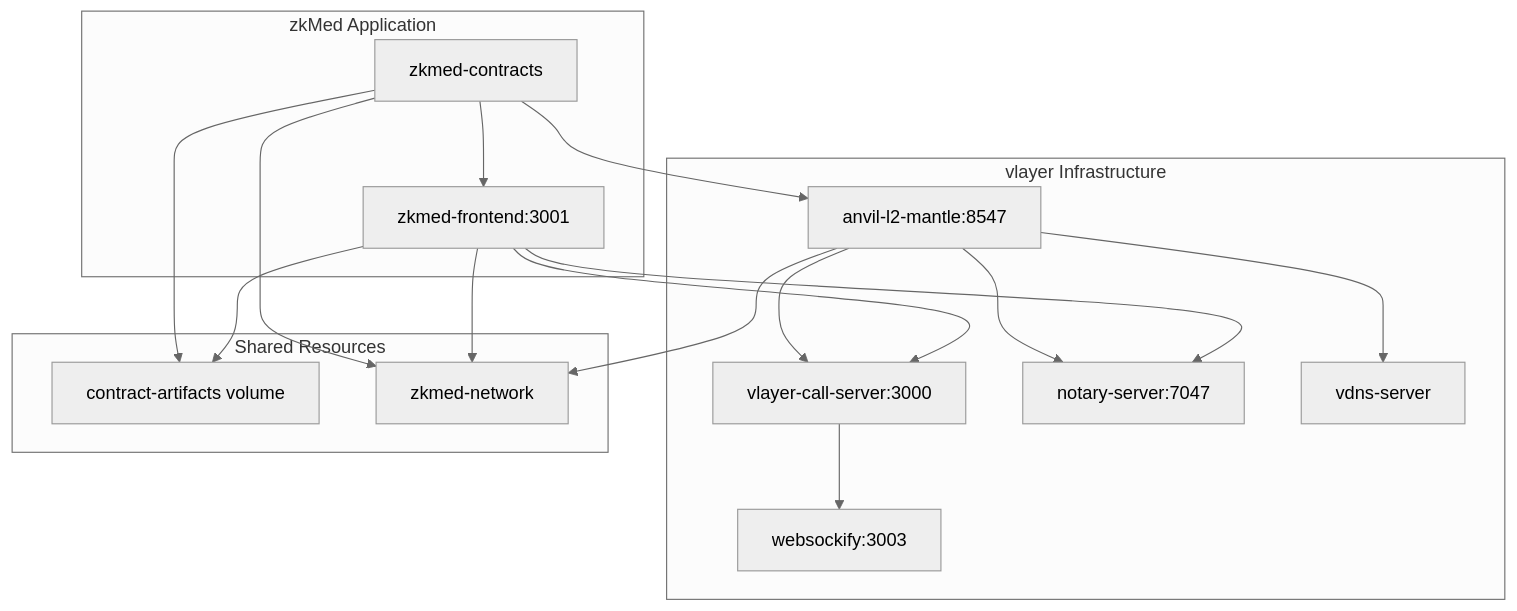
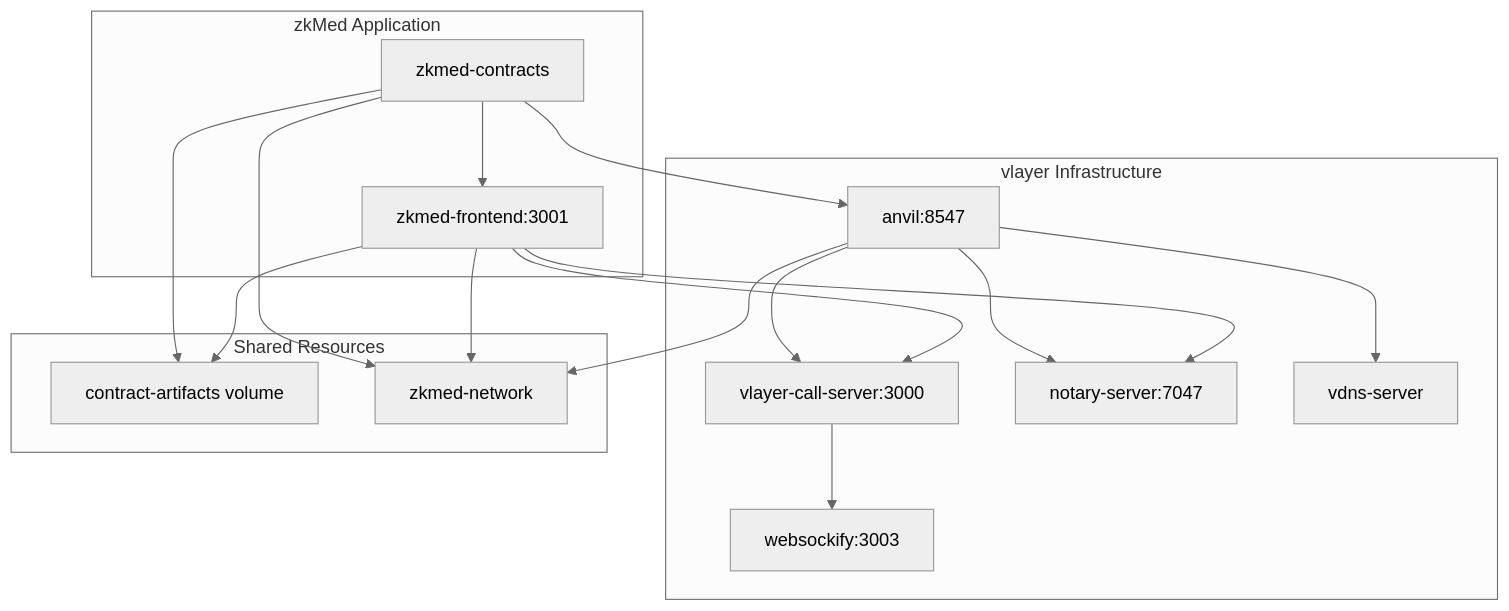
The diagram in memory-bank/techContext.md (ppezzull/zkMed), drawn with Mermaid (neutral theme) before and after one commit. The commit also changed other lines of this file and 10 other files, not shown here.

````diff
--- a/memory-bank/techContext.md
+++ b/memory-bank/techContext.md
@@ -60,27 +60,27 @@
 ```mermaid
 graph TB
     subgraph "vlayer Infrastructure"
-        A[anvil-l2-mantle:8547] --> B[vlayer-call-server:3000]
+        A[anvil:8547] --> B[vlayer-call-server:3000]
         A --> C[notary-server:7047]
         A --> D[vdns-server]
         B --> E[websockify:3003]
     end
     
     subgraph "zkMed Application"
         F[zkmed-contracts] --> A
         F --> G[zkmed-frontend:3001]
         G --> B
         G --> C
     end
     
     subgraph "Shared Resources"
         H[contract-artifacts volume]
         I[zkmed-network]
     end
     
     F --> H
     G --> H
     A --> I
     F --> I
     G --> I
 ```
````
